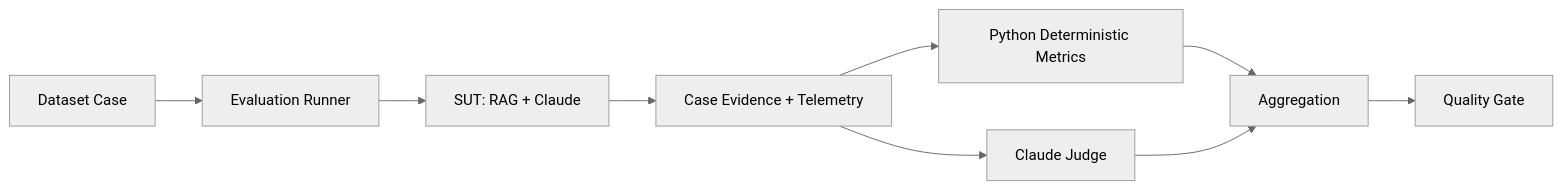
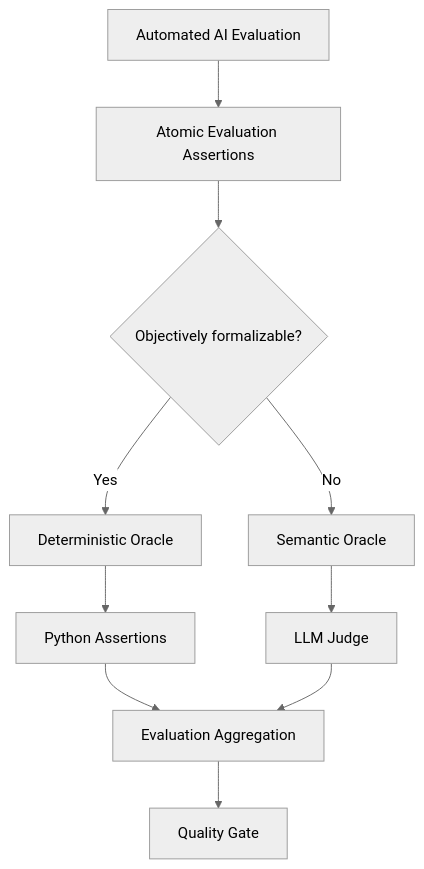
Before and after one commit to oleksandrserhieiev-beep/ai-qe-lab: the second of 3 diagrams in README.md, drawn with Mermaid (neutral theme). The commit also changed other lines of this file, not shown here.

Commit message:
Add automated AI evaluation oracle architecture to README

````diff
--- a/README.md
+++ b/README.md
@@ -122,11 +56,12 @@
 ```mermaid
-flowchart LR
-    D[Dataset Case] --> R[Evaluation Runner]
-    R --> S[SUT: RAG + Claude]
-    S --> T[Case Evidence + Telemetry]
-    T --> P[Python Deterministic Metrics]
-    T --> J[Claude Judge]
-    P --> A[Aggregation]
-    J --> A
-    A --> G[Quality Gate]
+flowchart TD
+    A[Automated AI Evaluation] --> AT[Atomic Evaluation Assertions]
+    AT --> Q{Objectively formalizable?}
+    Q -->|Yes| D[Deterministic Oracle]
+    Q -->|No| S[Semantic Oracle]
+    D --> P[Python Assertions]
+    S --> L[LLM Judge]
+    P --> R[Evaluation Aggregation]
+    L --> R
+    R --> G[Quality Gate]
 ```
````
